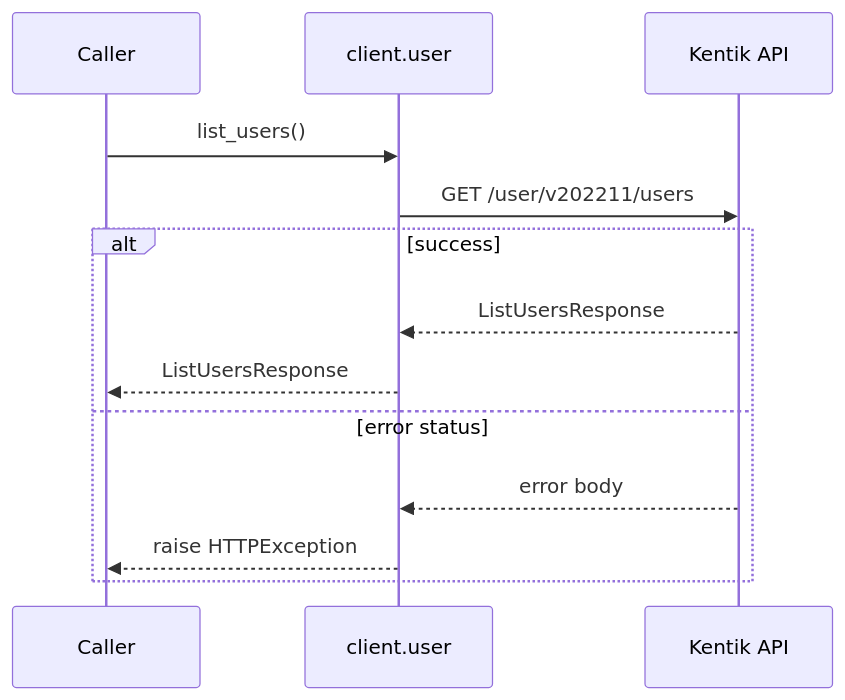
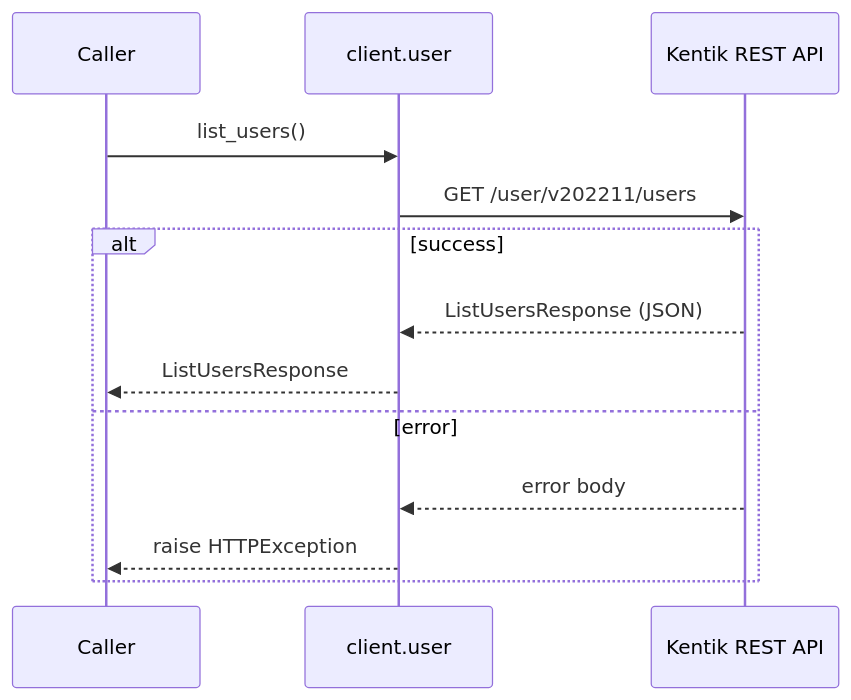
The second of 16 diagrams in docs/sphinx/services/user.md (alexdearaujo/community_sdk_python), drawn with Mermaid before and after one commit. The commit also changed other lines of this file and 61 other files, not shown here.

````diff
--- a/docs/sphinx/services/user.md
+++ b/docs/sphinx/services/user.md
@@ -33,16 +35,16 @@
 ```mermaid
 sequenceDiagram
     participant C as Caller
     participant W as client.user
-    participant API as Kentik API
+    participant API as Kentik REST API
 
     C->>W: list_users()
     W->>API: GET /user/v202211/users
     alt success
-        API-->>W: ListUsersResponse
+        API-->>W: ListUsersResponse (JSON)
         W-->>C: ListUsersResponse
-    else error status
+    else error
         API-->>W: error body
         W-->>C: raise HTTPException
     end
 ```
````
